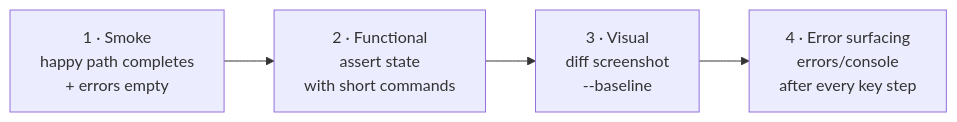
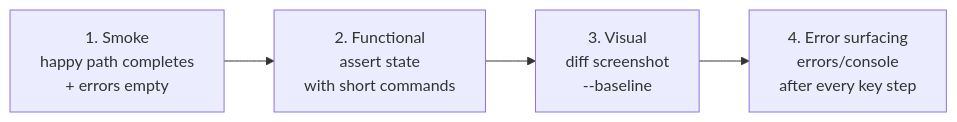
Before and after one commit to wichtking/agent-browser-qa: the third of 5 diagrams in docs/ARCHITECTURE.md, drawn with Mermaid. The commit also changed other lines of this file and 1 other file, not shown here.

First line of the commit message:
docs: apply the plainer voice to ARCHITECTURE and TEAM-PROCESS

````diff
--- a/docs/ARCHITECTURE.md
+++ b/docs/ARCHITECTURE.md
@@ -70,6 +70,6 @@
 ```mermaid
 flowchart LR
-    s["1 · Smoke<br/>happy path completes<br/>+ errors empty"] --> f["2 · Functional<br/>assert state<br/>with short commands"]
-    f --> v["3 · Visual<br/>diff screenshot<br/>--baseline"]
-    v --> e["4 · Error surfacing<br/>errors/console<br/>after every key step"]
+    s["1. Smoke<br/>happy path completes<br/>+ errors empty"] --> f["2. Functional<br/>assert state<br/>with short commands"]
+    f --> v["3. Visual<br/>diff screenshot<br/>--baseline"]
+    v --> e["4. Error surfacing<br/>errors/console<br/>after every key step"]
 ```
````
